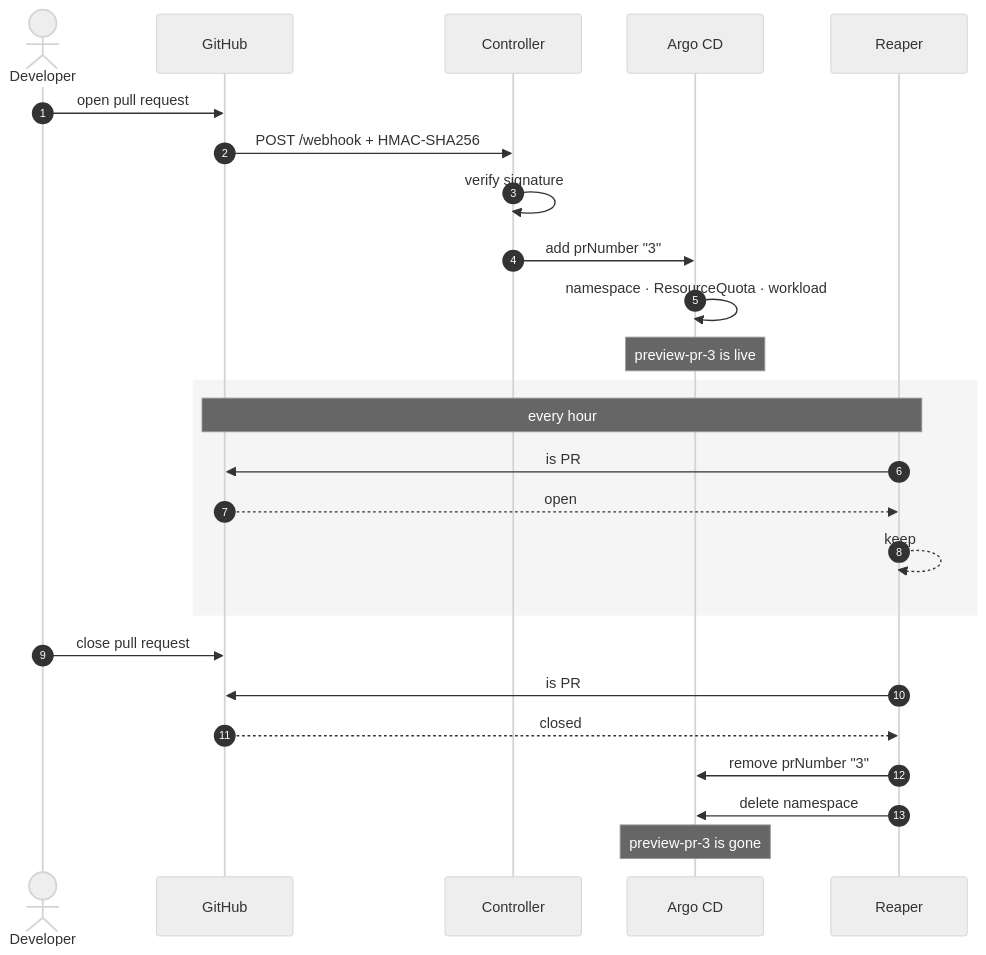
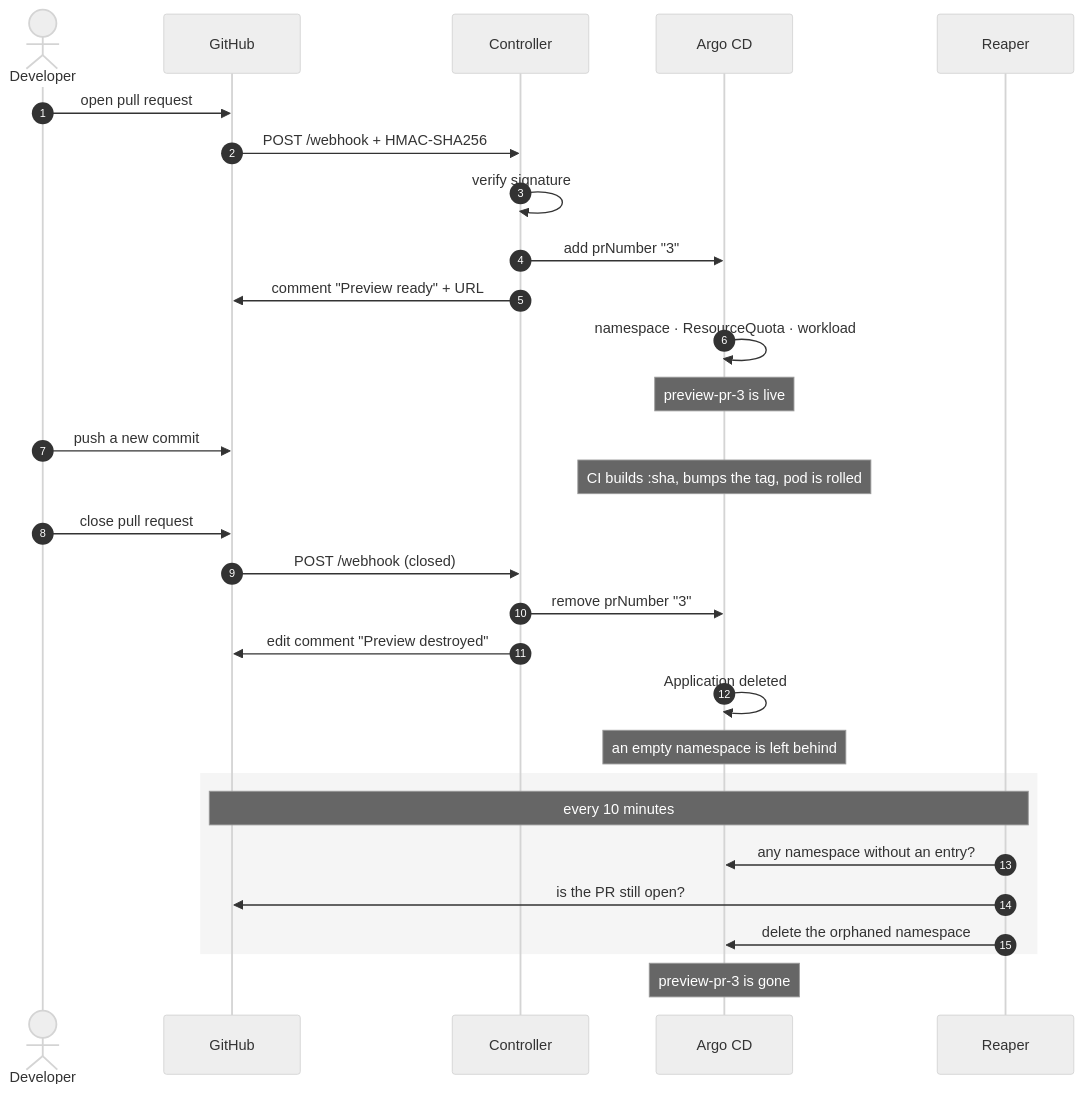
Before and after one commit to SihanUdayaratna03/launchpad: the second of 3 diagrams in README.md, drawn with Mermaid (neutral theme). The commit also changed other lines of this file and 4 other files, not shown here.

````diff
--- a/README.md
+++ b/README.md
@@ -72,30 +91,35 @@
 ```mermaid
 sequenceDiagram
     autonumber
     actor Dev as Developer
     participant GH as GitHub
     participant C as Controller
     participant A as Argo CD
     participant R as Reaper
 
     Dev->>GH: open pull request #3
     GH->>C: POST /webhook + HMAC-SHA256
     C->>C: verify signature
     C->>A: add prNumber "3"
+    C->>GH: comment "Preview ready" + URL
     A->>A: namespace · ResourceQuota · workload
     Note over A: preview-pr-3 is live
 
-    rect rgba(128,128,128,0.08)
-        Note over R,GH: every hour
-        R->>GH: is PR #3 open?
-        GH-->>R: open
-        R-->>R: keep
-    end
+    Dev->>GH: push a new commit
+    Note over A: CI builds :sha, bumps the tag, pod is rolled
 
     Dev->>GH: close pull request #3
-    R->>GH: is PR #3 open?
-    GH-->>R: closed
-    R->>A: remove prNumber "3"
-    R->>A: delete namespace
+    GH->>C: POST /webhook (closed)
+    C->>A: remove prNumber "3"
+    C->>GH: edit comment "Preview destroyed"
+    A->>A: Application deleted
+    Note over A: an empty namespace is left behind
+
+    rect rgba(128,128,128,0.08)
+        Note over R,GH: every 10 minutes
+        R->>A: any namespace without an entry?
+        R->>GH: is the PR still open?
+        R->>A: delete the orphaned namespace
+    end
     Note over A: preview-pr-3 is gone
 ```
````
